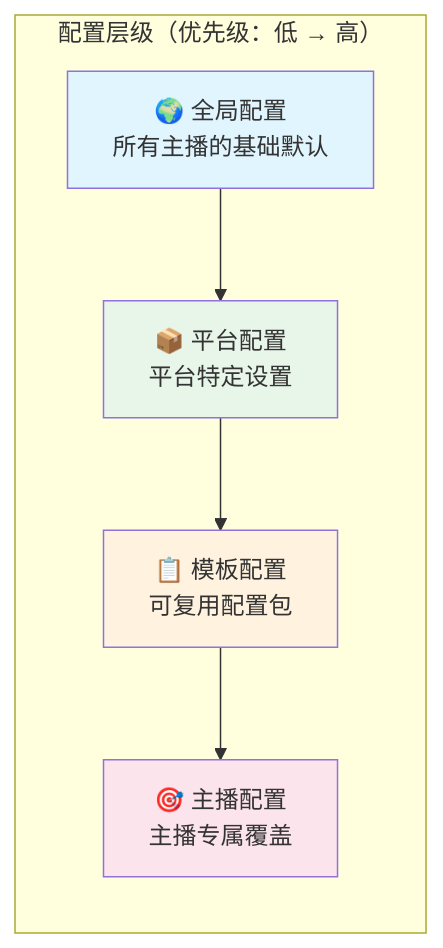
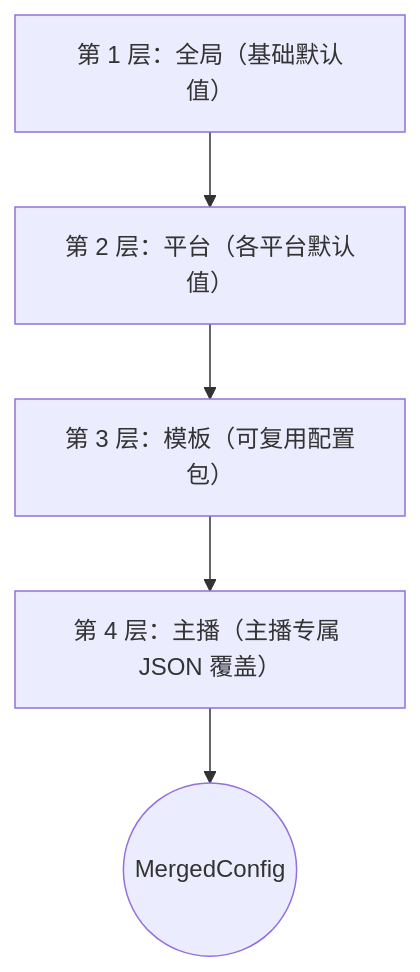
Before and after one commit to hua0512/rust-srec: the diagram in rust-srec/docs/zh/concepts/configuration.md, drawn with Mermaid. The commit also changed other lines of this file and 31 other files, not shown here.

````diff
--- a/rust-srec/docs/zh/concepts/configuration.md
+++ b/rust-srec/docs/zh/concepts/configuration.md
@@ -7,19 +18,13 @@
 ```mermaid
 flowchart TB
-    subgraph Hierarchy["配置层级（优先级：低 → 高）"]
-        direction TB
-        G[🌍 全局配置<br/>所有主播的基础默认]
-        P[📦 平台配置<br/>平台特定设置]
-        T[📋 模板配置<br/>可复用配置包]
-        S[🎯 主播配置<br/>主播专属覆盖]
-    end
-    
-    G --> P
-    P --> T
-    T --> S
-    
-    style G fill:#e1f5fe
-    style P fill:#e8f5e9
-    style T fill:#fff3e0
-    style S fill:#fce4ec
+  G["第 1 层：全局（基础默认值）"]
+  P["第 2 层：平台（各平台默认值）"]
+  T["第 3 层：模板（可复用配置包）"]
+  S["第 4 层：主播（主播专属 JSON 覆盖）"]
+  M(("MergedConfig"))
+
+  G --> P
+  P --> T
+  T --> S
+  S --> M
 ```
````
